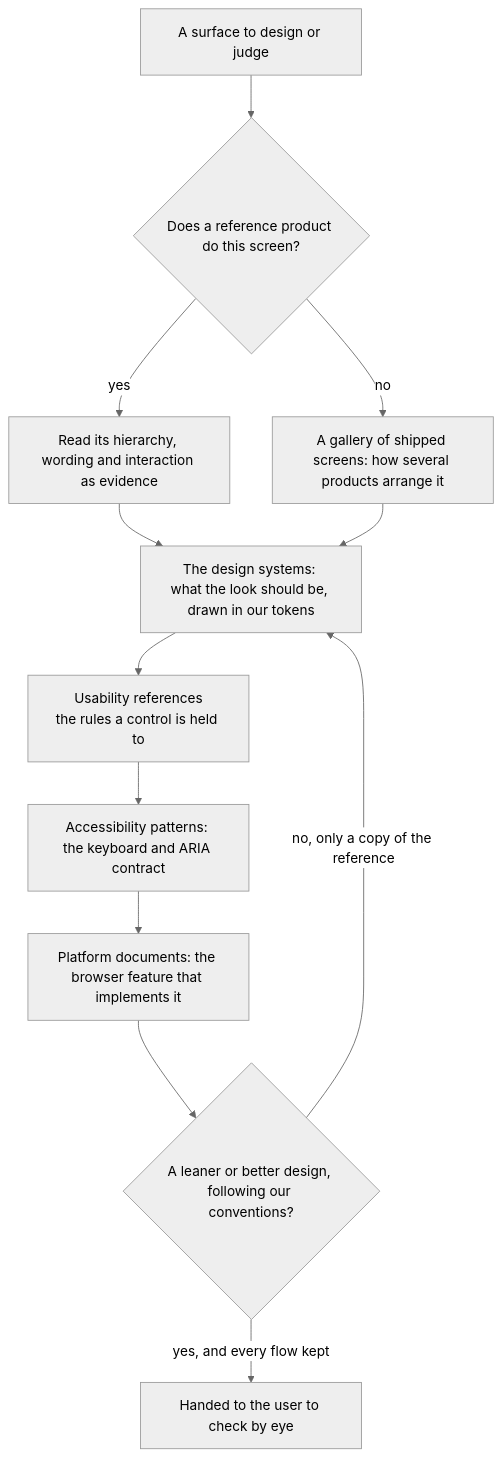
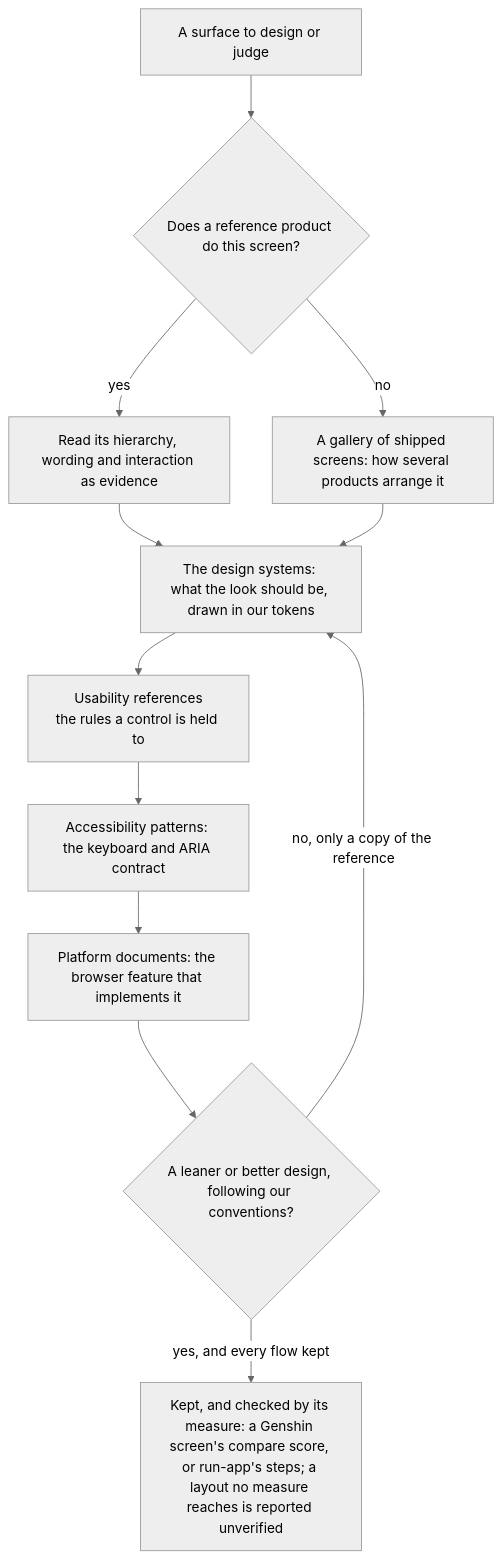
One commit to Esposter/Esposter changed the diagram in openspec/specs/architecture/design-sources/design.md. Above: the diagram before and after it, drawn with Mermaid (neutral theme). The commit also changed 8 other files, not shown here.

First line of the commit message:
docs: no page claims a look as a check, and values placed by eye are marked provisional until their compare row reads them

````diff
--- a/openspec/specs/architecture/design-sources/design.md
+++ b/openspec/specs/architecture/design-sources/design.md
@@ -9,14 +9,14 @@
 ```mermaid
 flowchart TD
   N[A surface to design or judge] --> R{Does a reference product do this screen?}
   R -->|yes| RP[Read its hierarchy, wording and interaction as evidence]
   R -->|no| G[A gallery of shipped screens: how several products arrange it]
   RP --> D[The design systems: what the look should be, drawn in our tokens]
   G --> D
   D --> B["Usability references<br/>the rules a control is held to"]
   B --> A[Accessibility patterns: the keyboard and ARIA contract]
   A --> P[Platform documents: the browser feature that implements it]
   P --> C{A leaner or better design, following our conventions?}
   C -->|no, only a copy of the reference| D
-  C -->|yes, and every flow kept| U[Handed to the user to check by eye]
+  C -->|yes, and every flow kept| U["Kept, and checked by its measure: a Genshin screen's compare score, or run-app's steps; a layout no measure reaches is reported unverified"]
 ```
````
